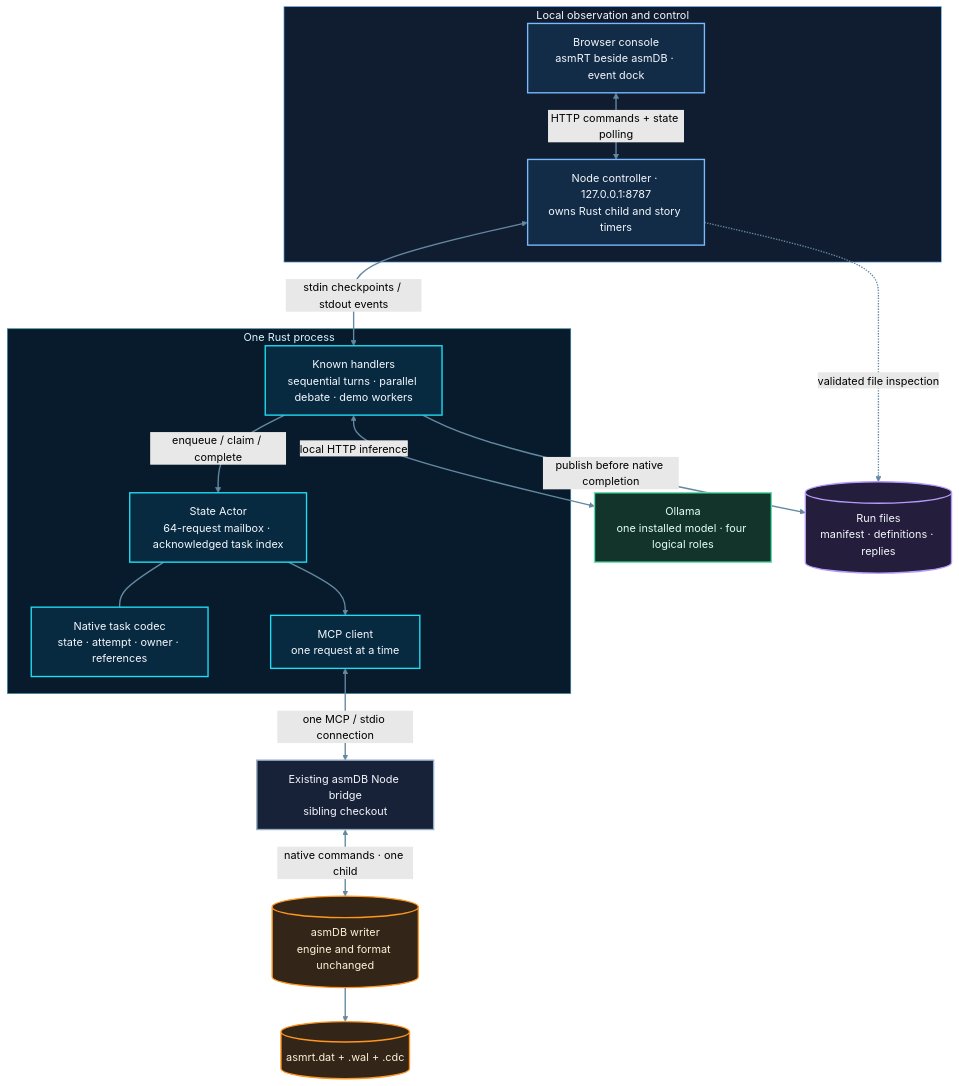
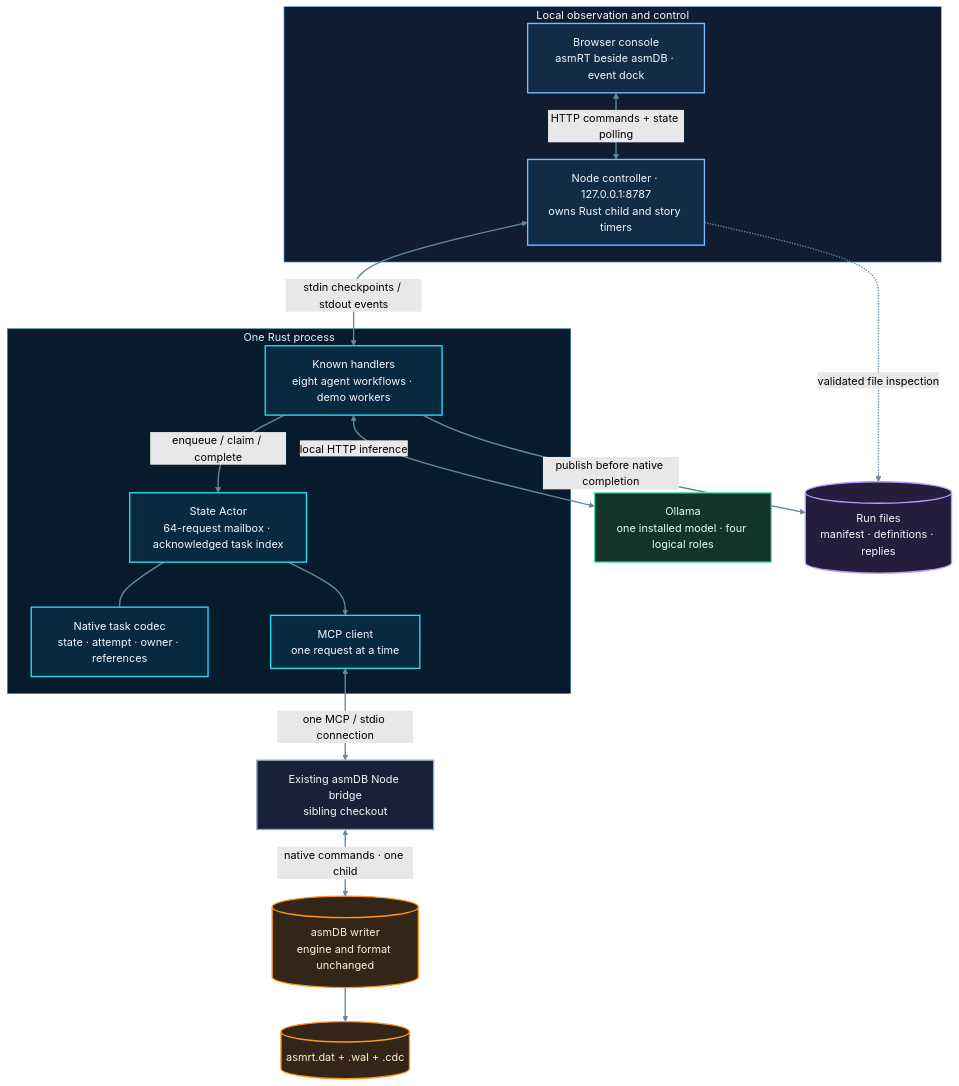
Before and after one commit to fredgis/asmRT: the first of 3 diagrams in Docs/ARCHITECTURE.md, drawn with Mermaid (forest theme). The commit also changed other lines of this file and 5 other files, not shown here.

````diff
--- a/Docs/ARCHITECTURE.md
+++ b/Docs/ARCHITECTURE.md
@@ -34,39 +34,39 @@
 ```mermaid
 flowchart TB
     subgraph VIEW["Local observation and control"]
         UI["Browser console<br>asmRT beside asmDB · event dock"]
         CTRL["Node controller · 127.0.0.1:8787<br>owns Rust child and story timers"]
         UI <-->|"HTTP commands + state polling"| CTRL
     end
     subgraph RUST["One Rust process"]
-        H["Known handlers<br>sequential turns · parallel debate · demo workers"]
+        H["Known handlers<br>eight agent workflows · demo workers"]
         A["State Actor<br>64-request mailbox · acknowledged task index"]
         C["Native task codec<br>state · attempt · owner · references"]
         M["MCP client<br>one request at a time"]
         H -->|"enqueue / claim / complete"| A
         A --- C
         A --> M
     end
     CTRL <-->|"stdin checkpoints / stdout events"| H
     M <-->|"one MCP / stdio connection"| BRIDGE["Existing asmDB Node bridge<br>sibling checkout"]
     BRIDGE <-->|"native commands · one child"| DB[("asmDB writer<br>engine and format unchanged")]
     DB --> NATIVE[("asmrt.dat + .wal + .cdc")]
     H <-->|"local HTTP inference"| LLM["Ollama<br>one installed model · four logical roles"]
     H -->|"publish before native completion"| FILES[("Run files<br>manifest · definitions · replies")]
     CTRL -.->|"validated file inspection"| FILES
     classDef control fill:#122b46,stroke:#78b9ff,stroke-width:2px,color:#f3f7fc
     classDef runtime fill:#082a40,stroke:#20ddf4,stroke-width:2px,color:#f3f7fc
     classDef existing fill:#172238,stroke:#94acc5,stroke-width:2px,color:#f3f7fc
     classDef storage fill:#332517,stroke:#ff961f,stroke-width:2px,color:#fff0d7
     classDef payload fill:#241d3c,stroke:#b69afa,stroke-width:2px,color:#f3f7fc
     classDef model fill:#12342b,stroke:#5be0aa,stroke-width:2px,color:#e5fff3
     class UI,CTRL control
     class H,A,C,M runtime
     class BRIDGE existing
     class DB,NATIVE storage
     class FILES payload
     class LLM model
     style VIEW fill:#101d30,stroke:#78b9ff,color:#f3f7fc
     style RUST fill:#071b2d,stroke:#358399,color:#d5f6ff
     linkStyle default stroke:#64889f,stroke-width:2px
 ```
````
